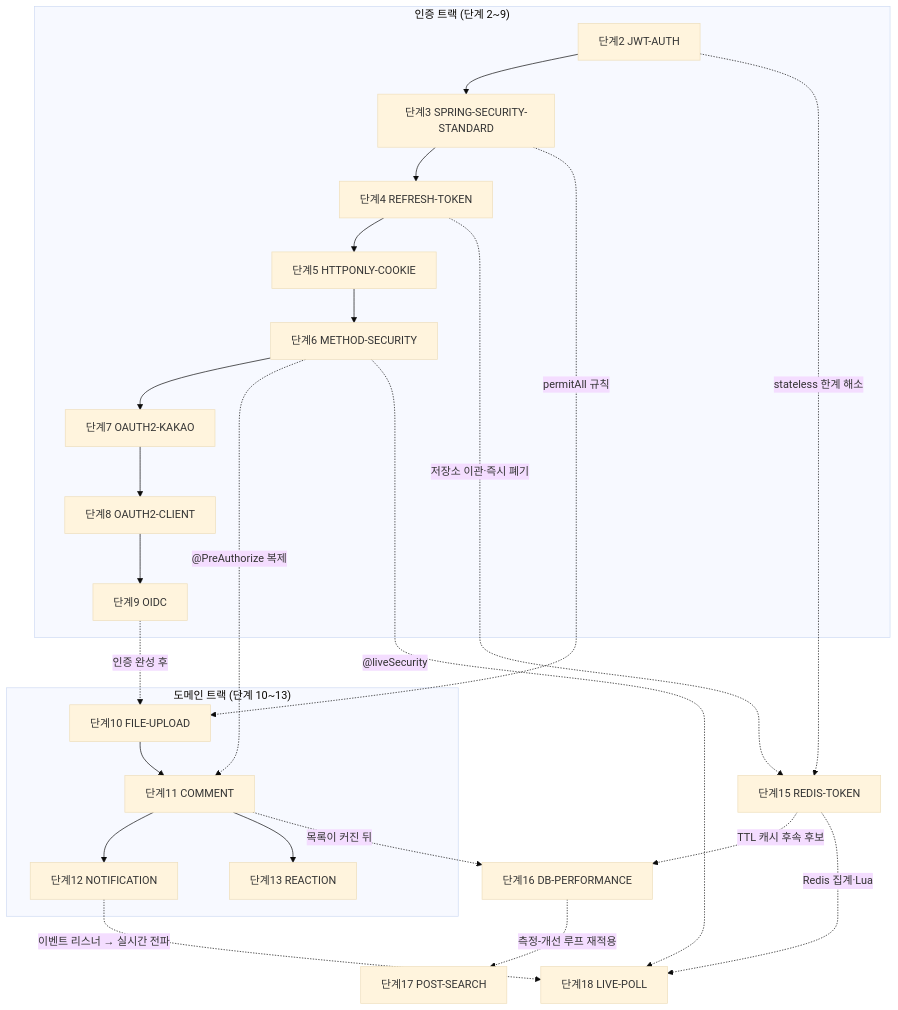
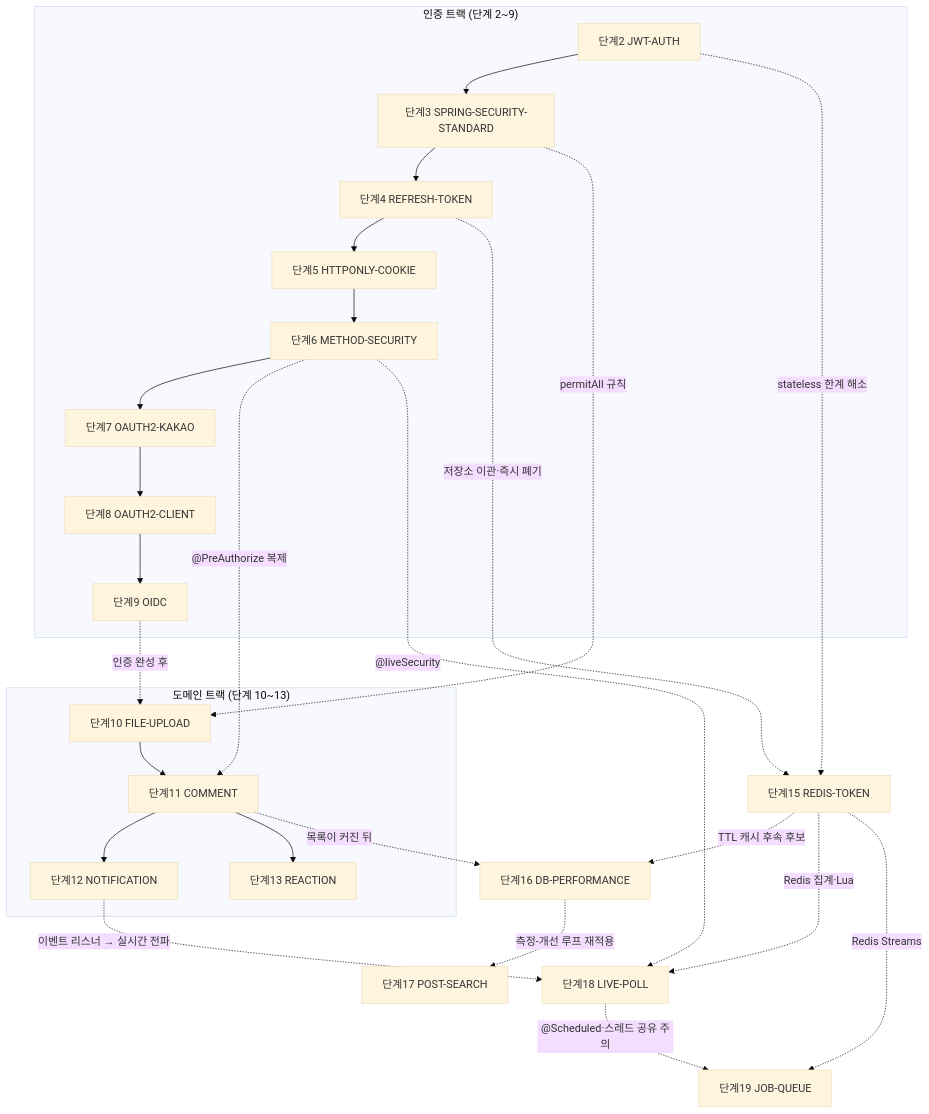
The diagram in docs/lecture/000-MOC.md (icesnake72/boards), drawn with Mermaid (base theme) before and after one commit. The commit also changed other lines of this file and 3 other files, not shown here.

````diff
--- a/docs/lecture/000-MOC.md
+++ b/docs/lecture/000-MOC.md
@@ -18,28 +18,30 @@
 ```mermaid
 flowchart TD
   subgraph AUTH["인증 트랙 (단계 2~9)"]
     JWT["단계2 JWT-AUTH"] --> STD["단계3 SPRING-SECURITY-STANDARD"]
     STD --> RT["단계4 REFRESH-TOKEN"]
     RT --> COOKIE["단계5 HTTPONLY-COOKIE"]
     COOKIE --> MS["단계6 METHOD-SECURITY"]
     MS --> KAKAO["단계7 OAUTH2-KAKAO"]
     KAKAO --> CLIENT["단계8 OAUTH2-CLIENT"]
     CLIENT --> OIDC["단계9 OIDC"]
   end
   subgraph DOMAIN["도메인 트랙 (단계 10~13)"]
     FILE["단계10 FILE-UPLOAD"] --> COMMENT["단계11 COMMENT"]
     COMMENT --> NOTI["단계12 NOTIFICATION"]
     COMMENT --> REACT["단계13 REACTION"]
   end
   RT -.->|"저장소 이관·즉시 폐기"| REDIS["단계15 REDIS-TOKEN"]
   JWT -.->|"stateless 한계 해소"| REDIS
   OIDC -.->|"인증 완성 후"| FILE
   STD -.->|"permitAll 규칙"| FILE
   MS -.->|"@PreAuthorize 복제"| COMMENT
   COMMENT -.->|"목록이 커진 뒤"| PERF["단계16 DB-PERFORMANCE"]
   REDIS -.->|"TTL 캐시 후속 후보"| PERF
   PERF -.->|"측정-개선 루프 재적용"| SEARCH["단계17 POST-SEARCH"]
   NOTI -.->|"이벤트 리스너 → 실시간 전파"| LIVE["단계18 LIVE-POLL"]
   REDIS -.->|"Redis 집계·Lua"| LIVE
   MS -.->|"@liveSecurity"| LIVE
+  REDIS -.->|"Redis Streams"| JOBS["단계19 JOB-QUEUE"]
+  LIVE -.->|"@Scheduled·스레드 공유 주의"| JOBS
 ```
````
